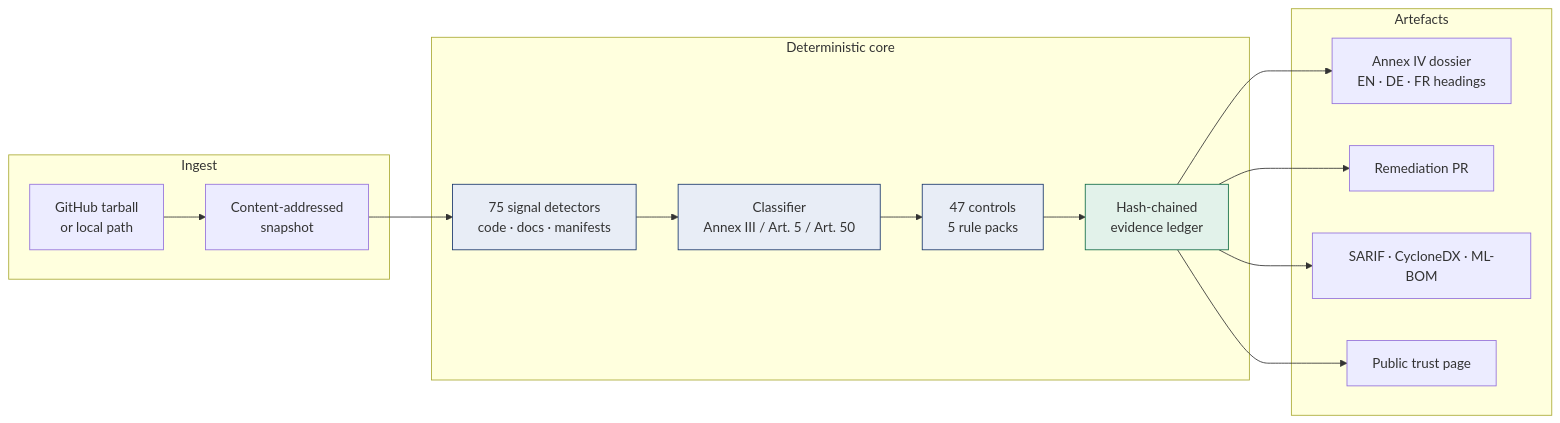
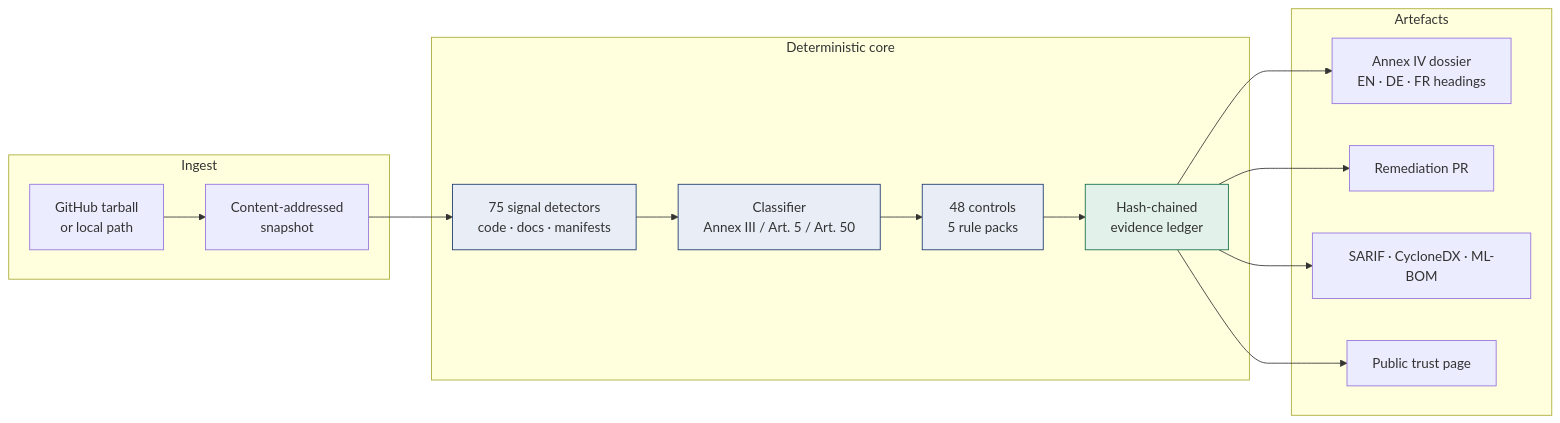
One commit to shi1720/LexHack changed the diagram in README.md. Above: the diagram before and after it, drawn with Mermaid. The commit also changed other lines of this file and 47 other files, not shown here.

````diff
--- a/README.md
+++ b/README.md
@@ -140,22 +140,22 @@
 ```mermaid
 flowchart LR
   subgraph Ingest
     A[GitHub tarball<br/>or local path] --> B[Content-addressed<br/>snapshot]
   end
   subgraph Deterministic core
     B --> C[75 signal detectors<br/>code · docs · manifests]
     C --> D[Classifier<br/>Annex III / Art. 5 / Art. 50]
-    D --> E[47 controls<br/>5 rule packs]
+    D --> E[48 controls<br/>5 rule packs]
     E --> F[Hash-chained<br/>evidence ledger]
   end
   subgraph Artefacts
     F --> G[Annex IV dossier<br/>EN · DE · FR headings]
     F --> H[Remediation PR]
     F --> I[SARIF · CycloneDX · ML-BOM]
     F --> J[Public trust page]
   end
   style C fill:#e8edf6,stroke:#17356b
   style D fill:#e8edf6,stroke:#17356b
   style E fill:#e8edf6,stroke:#17356b
   style F fill:#e2f2ea,stroke:#0f6b45
 ```
````
